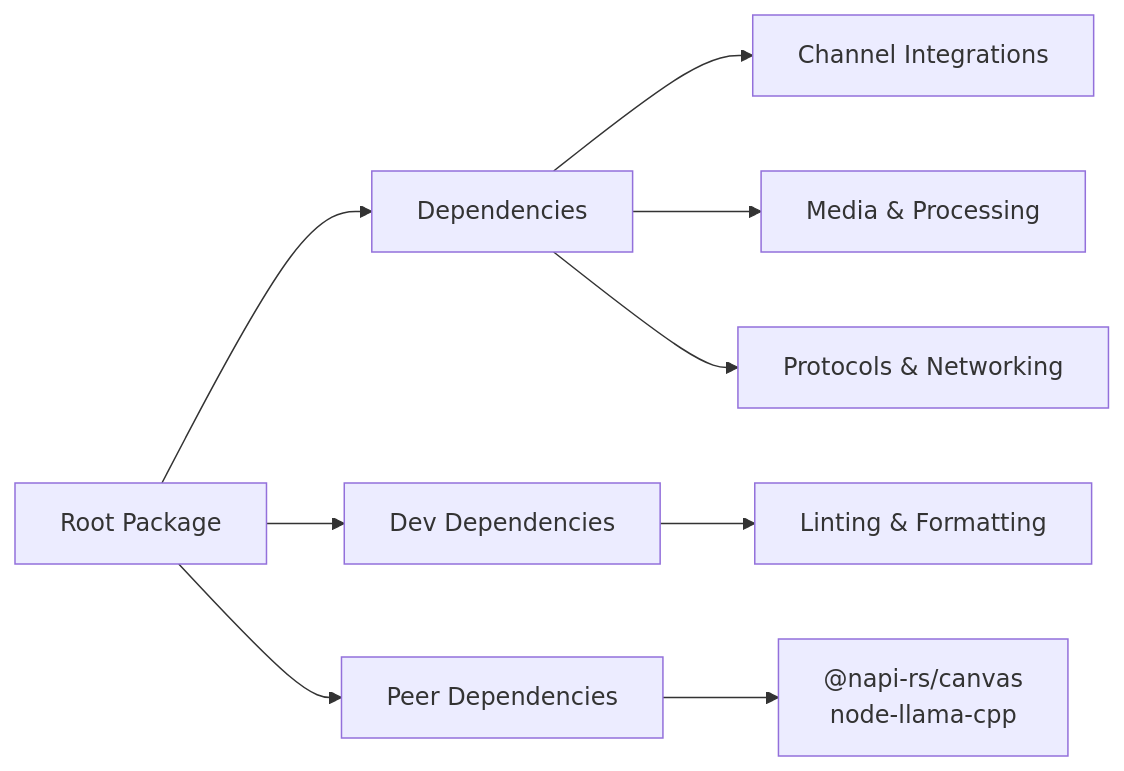
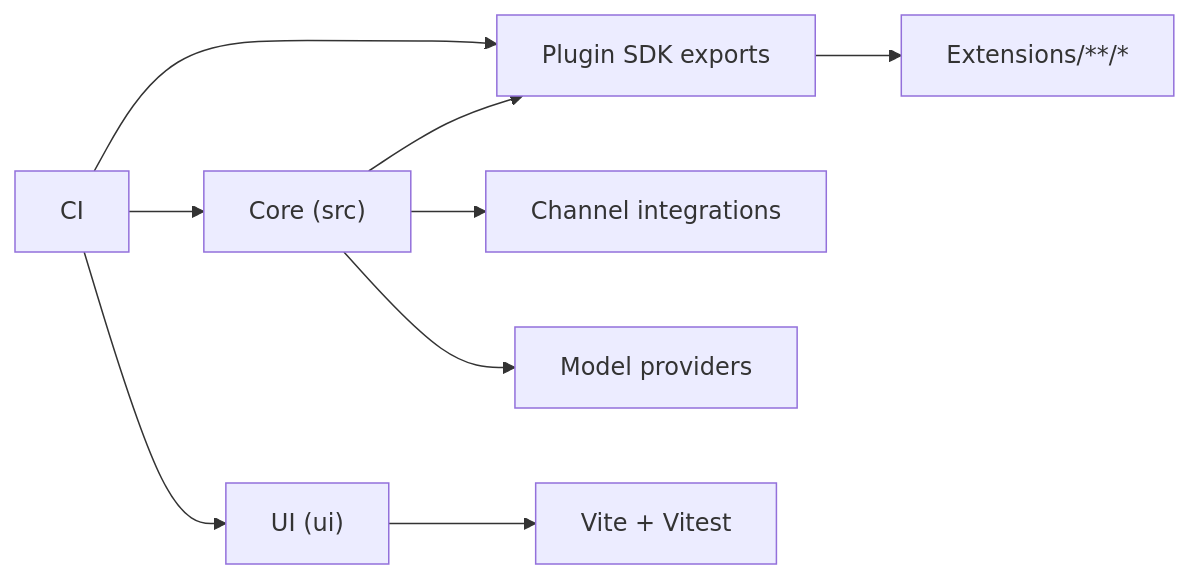
The sixth of 6 diagrams in repowiki/en/content/Development Guide.md (botx-work/OpenClaw-Internals), drawn with Mermaid before and after one commit. The commit also changed other lines of this file and 332 other files, not shown here.

````diff
--- a/repowiki/en/content/Development Guide.md
+++ b/repowiki/en/content/Development Guide.md
@@ -271,11 +319,11 @@
 ```mermaid
 graph LR
-Root["Root Package"] --> Deps["Dependencies"]
-Root --> DevDeps["Dev Dependencies"]
-Root --> PeerDeps["Peer Dependencies"]
-Deps --> Chats["Channel Integrations"]
-Deps --> Media["Media & Processing"]
-Deps --> Protocols["Protocols & Networking"]
-DevDeps --> Lint["Linting & Formatting"]
-PeerDeps --> Native["@napi-rs/canvas<br/>node-llama-cpp"]
+Core["Core (src)"] --> Plugins["Plugin SDK exports"]
+Core --> Channels["Channel integrations"]
+Core --> Providers["Model providers"]
+Plugins --> Ext["Extensions/**/*"]
+UI["UI (ui)"] --> Vite["Vite + Vitest"]
+CI["CI"] --> Core
+CI --> Plugins
+CI --> UI
 ```
````
